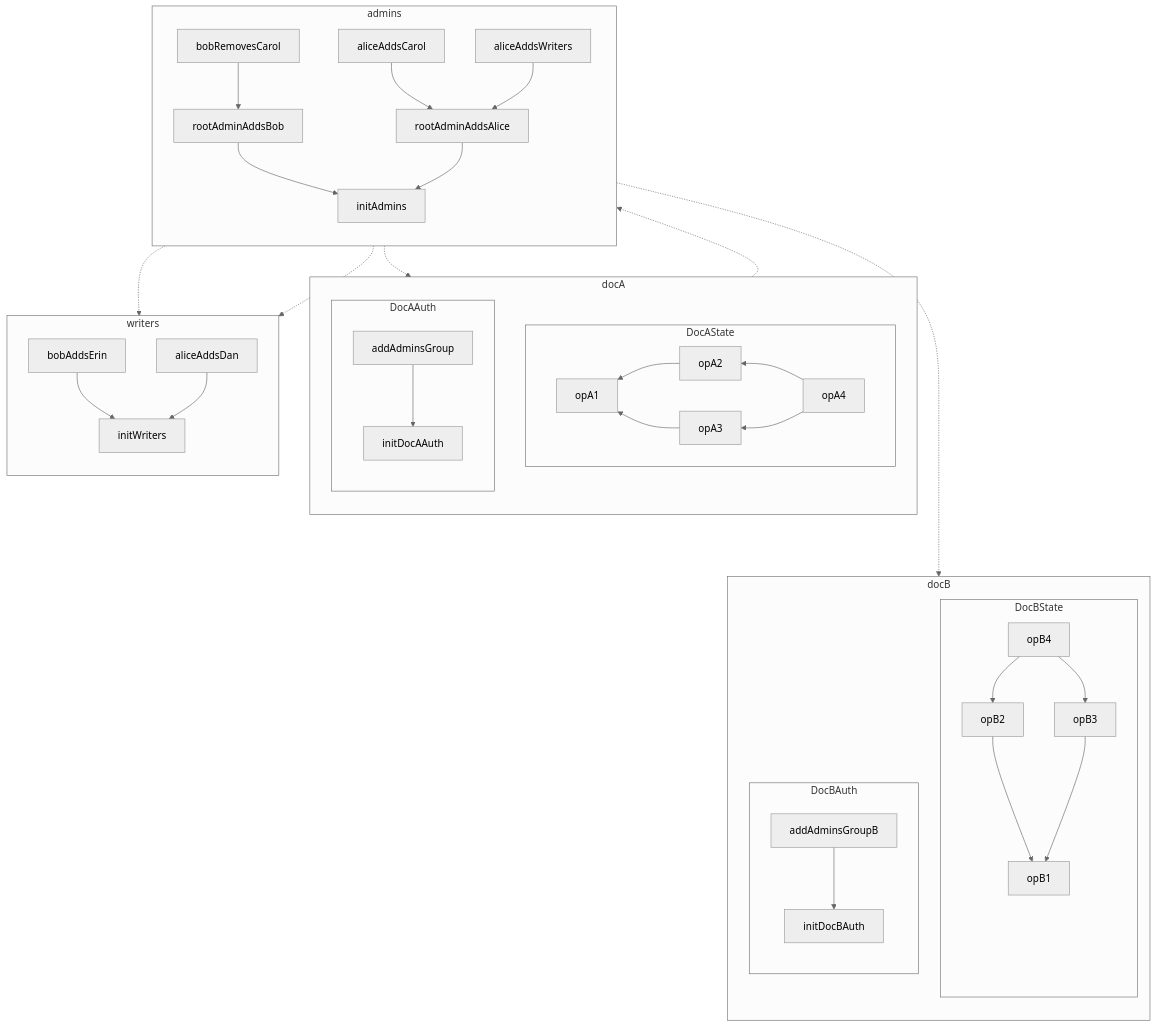
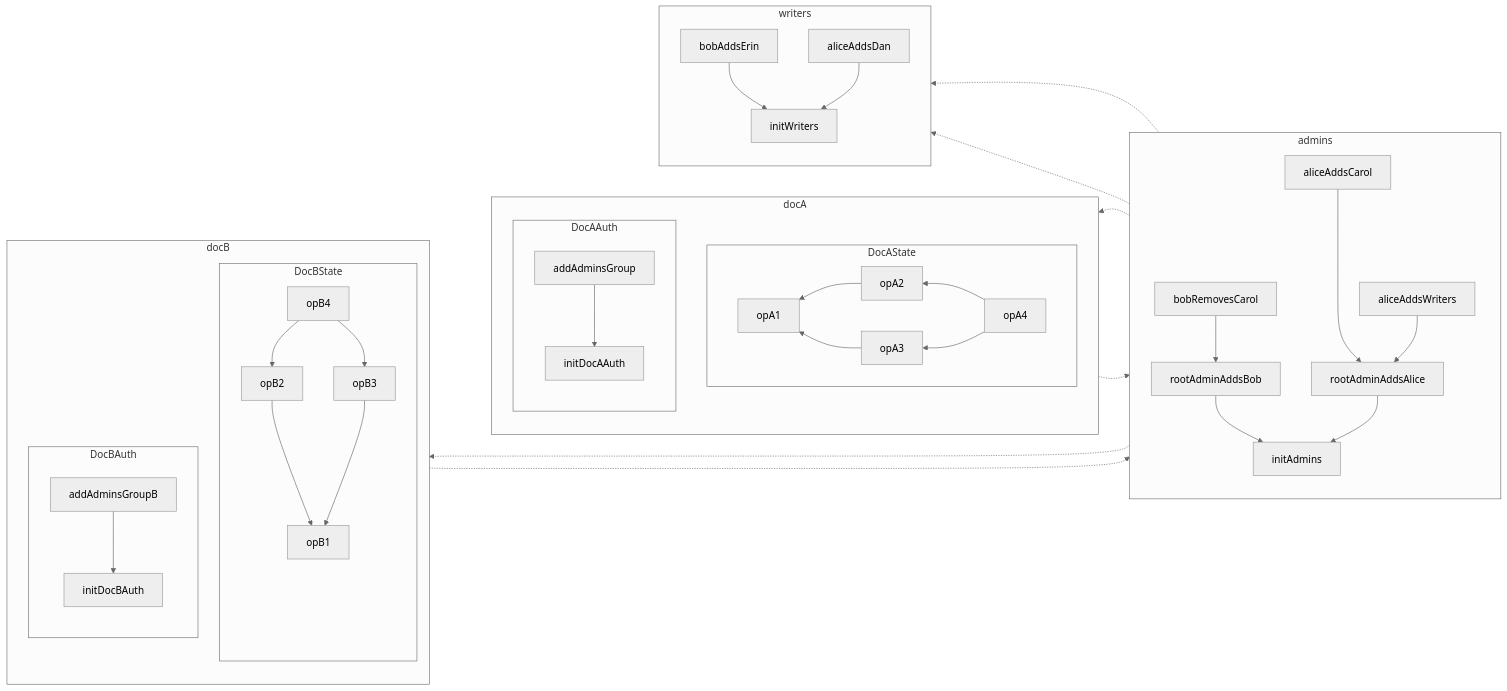
Before and after one commit to inkandswitch/keyhive: the second of 2 diagrams in design/group_membership.md, drawn with Mermaid (neutral theme). The commit also changed other lines of this file, not shown here.

Commit message:
Better mermaid layout

````diff
--- a/design/group_membership.md
+++ b/design/group_membership.md
@@ -15,60 +15,61 @@
 ```mermaid
-flowchart
+flowchart RL
     subgraph docA
         direction TB
         
         subgraph DocAState
             direction RL
             
             opA4 --> opA2 --> opA1
             opA4 --> opA3 --> opA1
         end
 
         subgraph DocAAuth
             direction TB
         
             addAdminsGroup --> initDocAAuth
         end
     end
 
     subgraph docB
         direction TB
         
         subgraph DocBState
             opB4 --> opB2 --> opB1
             opB4 --> opB3 --> opB1
         end
 
         subgraph DocBAuth
             direction TB
         
             addAdminsGroupB --> initDocBAuth
         end
     end
 
     subgraph admins
         direction TB
         
         rootAdminAddsBob --> initAdmins
         rootAdminAddsAlice --> initAdmins
-        aliceAddsCarol --> rootAdminAddsAlice
+        aliceAddsCarol ----> rootAdminAddsAlice
         bobRemovesCarol --> rootAdminAddsBob
 
         aliceAddsWriters --> rootAdminAddsAlice
     end
 
     subgraph writers
         direction TB
 
         bobAddsErin --> initWriters
         aliceAddsDan --> initWriters
     end
 
     bobRemovesCarol -.-> opA3
     bobRemovesCarol -...-> opB4
 
     aliceAddsWriters -.-> bobAddsErin
     aliceAddsWriters -.-> aliceAddsDan
 
     addAdminsGroup -.-> rootAdminAddsBob
+    addAdminsGroupB -.-> aliceAddsWriters
 ```
````
